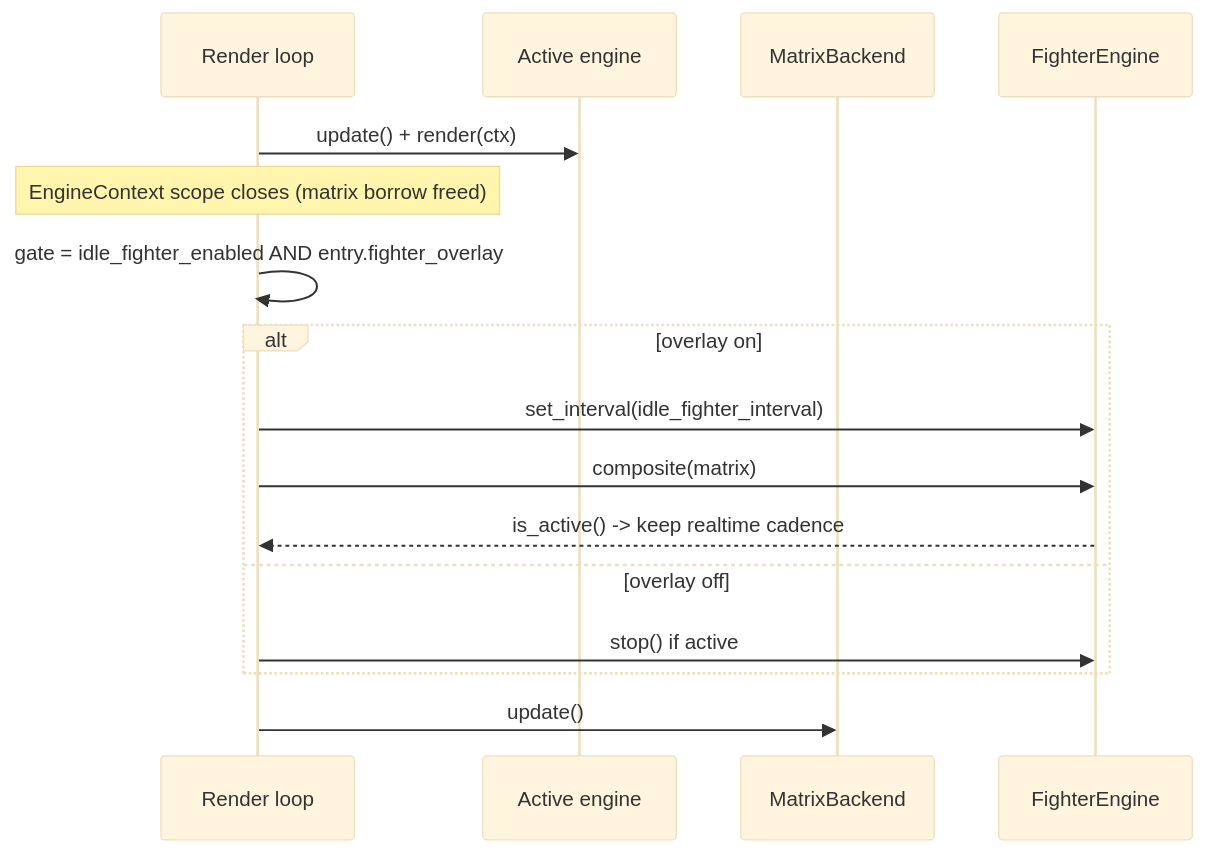
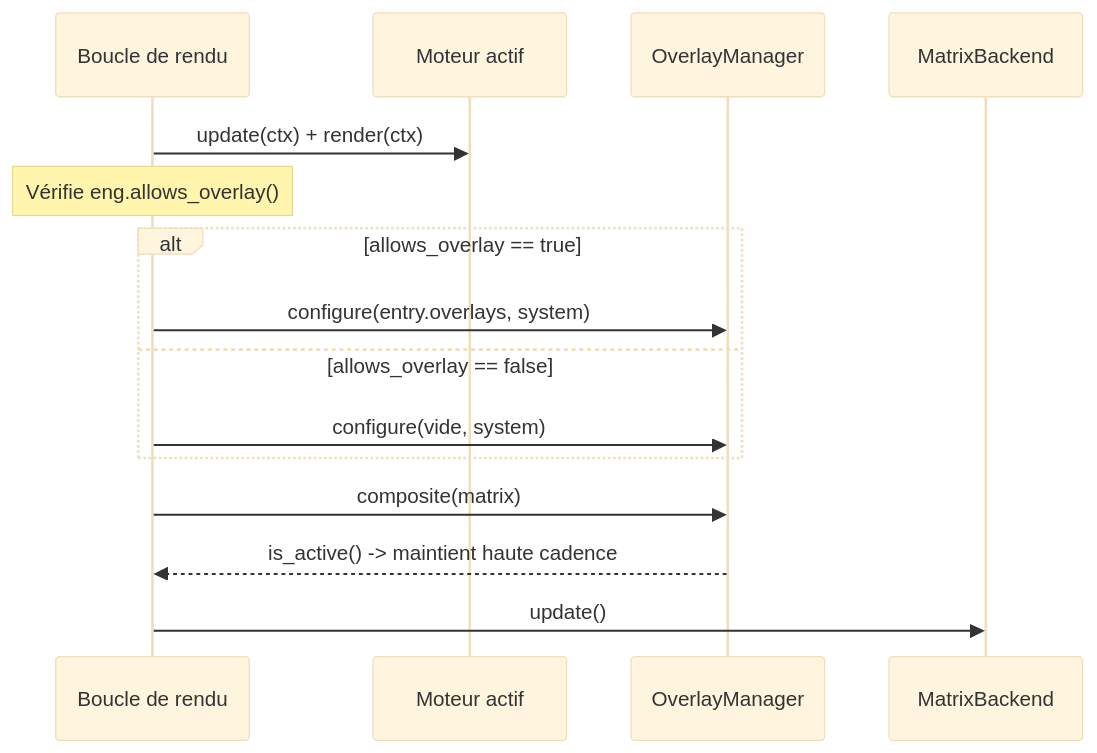
One commit to red77290/ArcadeMatrix_RPI changed diagram 13 of 14 in docs/ARCHITECTURE_FR.md. Above: the diagram before and after it, drawn with Mermaid (base theme). The commit also changed other lines of this file and 15 other files, not shown here.

First line of the commit message:
feat(core): implement polymorphic engine interface and transverse overlay architecture

````diff
--- a/docs/ARCHITECTURE_FR.md
+++ b/docs/ARCHITECTURE_FR.md
@@ -556,19 +560,18 @@
 ```mermaid
 sequenceDiagram
-    participant RLoop as Render loop
-    participant Eng as Active engine
+    participant RLoop as Boucle de rendu
+    participant Eng as Moteur actif
+    participant OM as OverlayManager
     participant MX as MatrixBackend
-    participant FE as FighterEngine
 
-    RLoop->>Eng: update() + render(ctx)
-    Note over RLoop: EngineContext scope closes (matrix borrow freed)
-    RLoop->>RLoop: gate = idle_fighter_enabled AND entry.fighter_overlay
-    alt overlay on
-        RLoop->>FE: set_interval(idle_fighter_interval)
-        RLoop->>FE: composite(matrix)
-        FE-->>RLoop: is_active() -> keep realtime cadence
-    else overlay off
-        RLoop->>FE: stop() if active
+    RLoop->>Eng: update(ctx) + render(ctx)
+    Note over RLoop: Vérifie eng.allows_overlay()
+    alt allows_overlay == true
+        RLoop->>OM: configure(entry.overlays, system)
+    else allows_overlay == false
+        RLoop->>OM: configure(vide, system)
     end
+    RLoop->>OM: composite(matrix)
+    OM-->>RLoop: is_active() -> maintient haute cadence
     RLoop->>MX: update()
 ```
````
